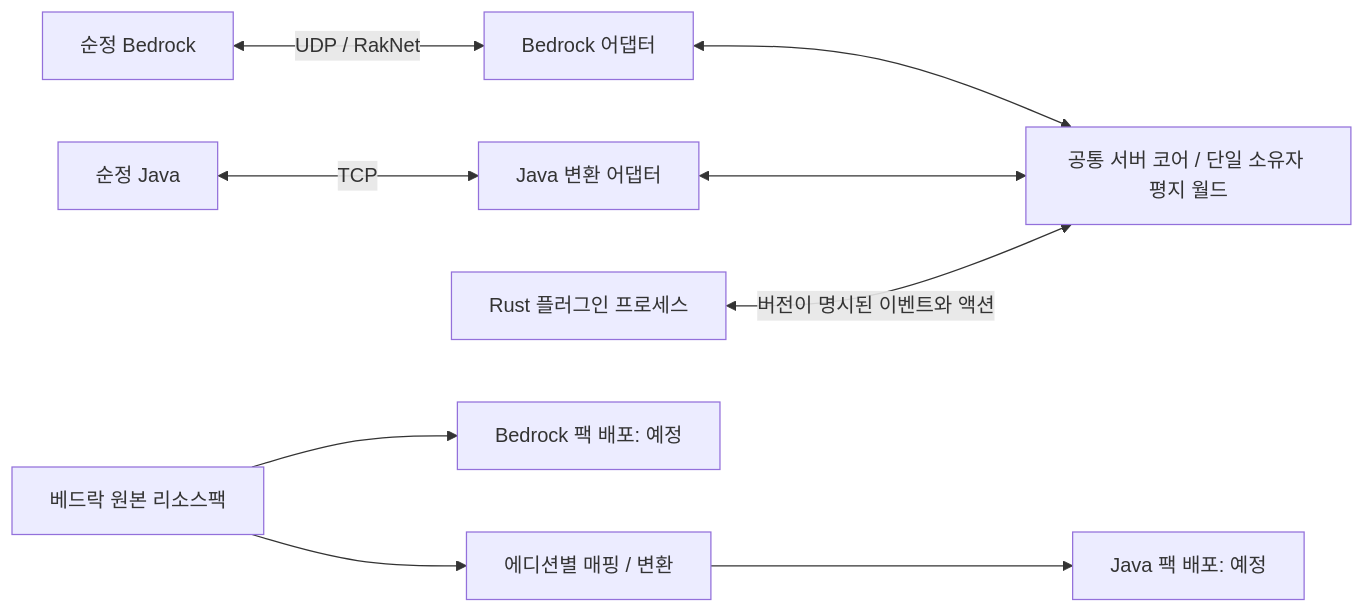
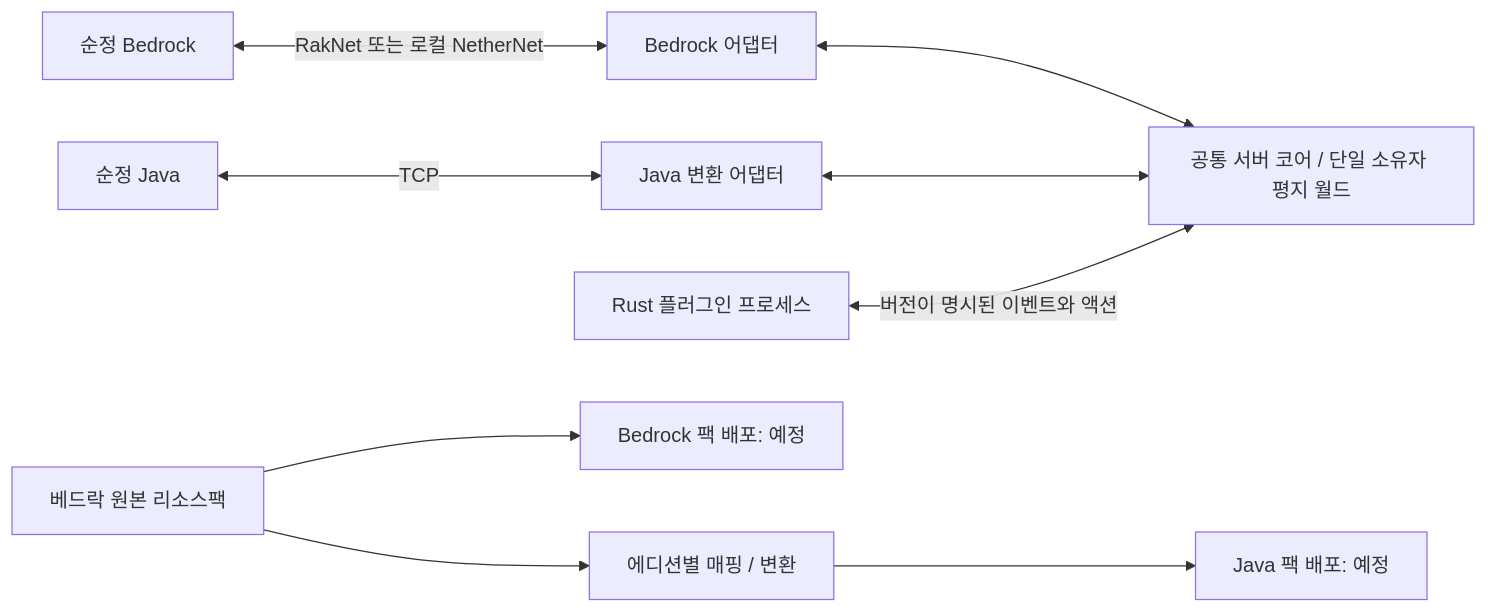
The diagram in docs/architecture.md (SKYRPG8957/Sculith), drawn with Mermaid before and after one commit. The commit also changed other lines of this file and 23 other files, not shown here.

Commit message:
Add bounded local NetherNet transport to the shared Bedrock world

````diff
--- a/docs/architecture.md
+++ b/docs/architecture.md
@@ -9,11 +9,11 @@
 ```mermaid
 flowchart LR
-    B[순정 Bedrock] <-->|UDP / RakNet| BA[Bedrock 어댑터]
+    B[순정 Bedrock] <-->|RakNet 또는 로컬 NetherNet| BA[Bedrock 어댑터]
     J[순정 Java] <-->|TCP| JA[Java 변환 어댑터]
     BA <--> C[공통 서버 코어 / 단일 소유자 평지 월드]
     JA <--> C
     P[Rust 플러그인 프로세스] <-->|버전이 명시된 이벤트와 액션| C
     R[베드락 원본 리소스팩] --> BM[Bedrock 팩 배포: 예정]
     R --> CV[에디션별 매핑 / 변환]
     CV --> JM[Java 팩 배포: 예정]
 ```
````
